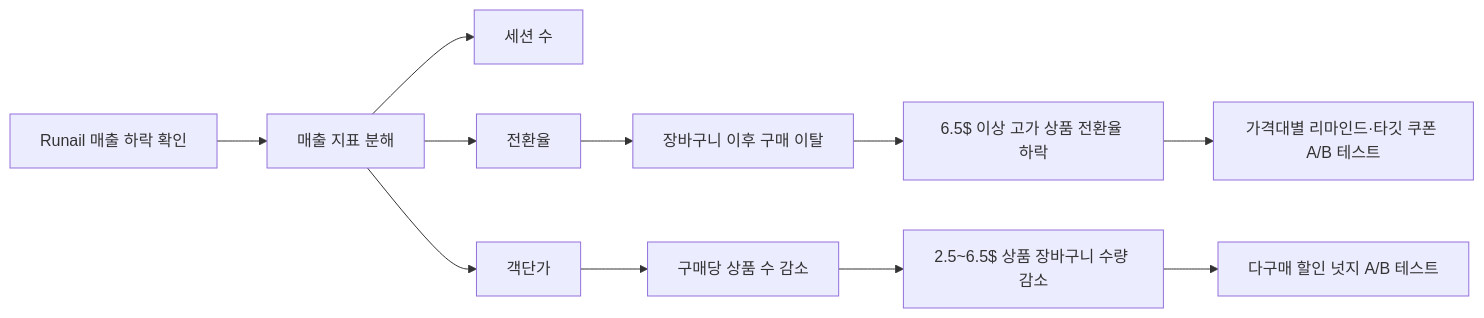
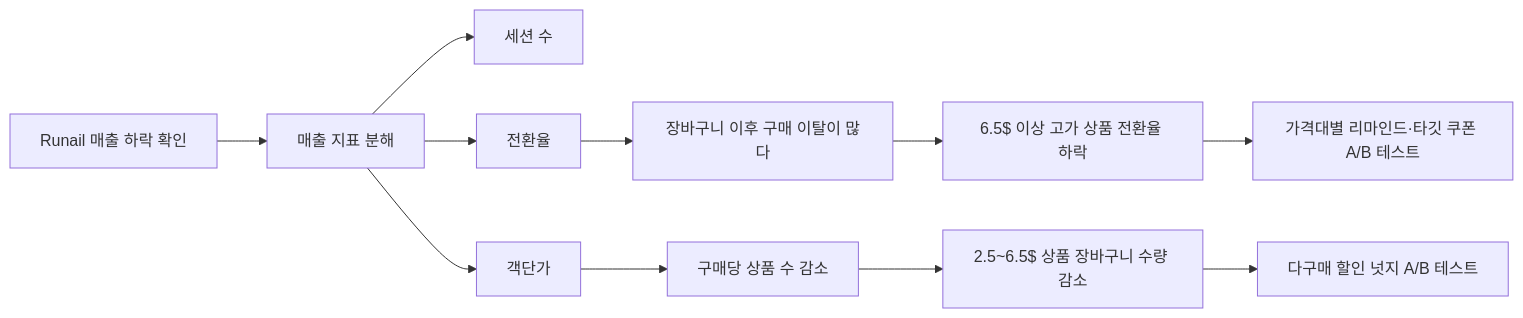
Before and after one commit to minjaewls/My_Project: the diagram in 개인프로젝트_2026/20260730/README.md, drawn with Mermaid.

````diff
--- a/개인프로젝트_2026/20260730/README.md
+++ b/개인프로젝트_2026/20260730/README.md
@@ -9,13 +9,13 @@
 ```mermaid
 flowchart LR
     A[Runail 매출 하락 확인] --> B[매출 지표 분해]
     B --> C[세션 수]
     B --> D[전환율]
     B --> E[객단가]
     E --> F[구매당 상품 수 감소]
     F --> G[2.5~6.5$ 상품 장바구니 수량 감소]
-    D --> H[장바구니 이후 구매 이탈]
+    D --> H[장바구니 이후 구매 이탈이 많다]
     H --> I[6.5$ 이상 고가 상품 전환율 하락]
     G --> J[다구매 할인 넛지 A/B 테스트]
     I --> K[가격대별 리마인드·타깃 쿠폰 A/B 테스트]
 ```
````
